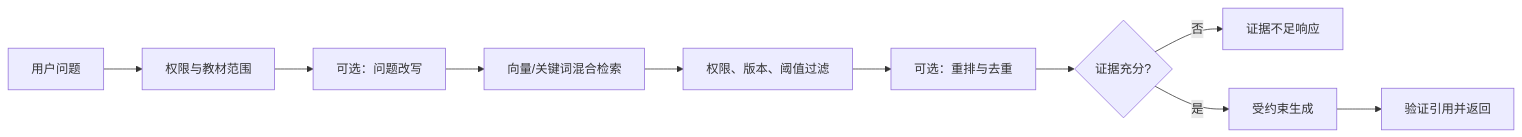
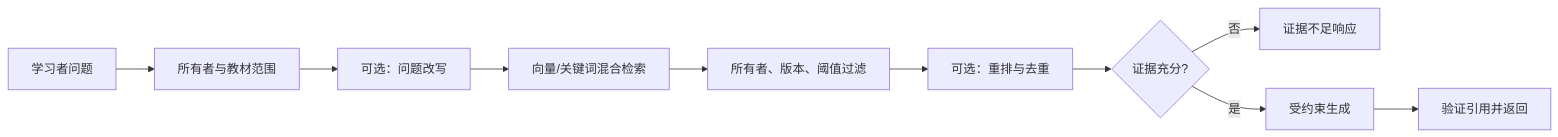
One commit to NongZY/zhitu-desktop changed the fifth of 5 diagrams in docs/ARCHITECTURE.md. Above: the diagram before and after it, drawn with Mermaid. The commit also changed other lines of this file and 112 other files, not shown here.

````diff
--- a/docs/ARCHITECTURE.md
+++ b/docs/ARCHITECTURE.md
@@ -194,12 +191,12 @@
 ```mermaid
 flowchart LR
-    Q[用户问题] --> Auth[权限与教材范围]
+    Q[学习者问题] --> Auth[所有者与教材范围]
     Auth --> Rewrite[可选：问题改写]
     Rewrite --> Retrieve[向量/关键词混合检索]
-    Retrieve --> Filter[权限、版本、阈值过滤]
+    Retrieve --> Filter[所有者、版本、阈值过滤]
     Filter --> Rerank[可选：重排与去重]
     Rerank --> Gate{证据充分?}
     Gate -->|否| Refuse[证据不足响应]
     Gate -->|是| Generate[受约束生成]
     Generate --> Cite[验证引用并返回]
 ```
````
